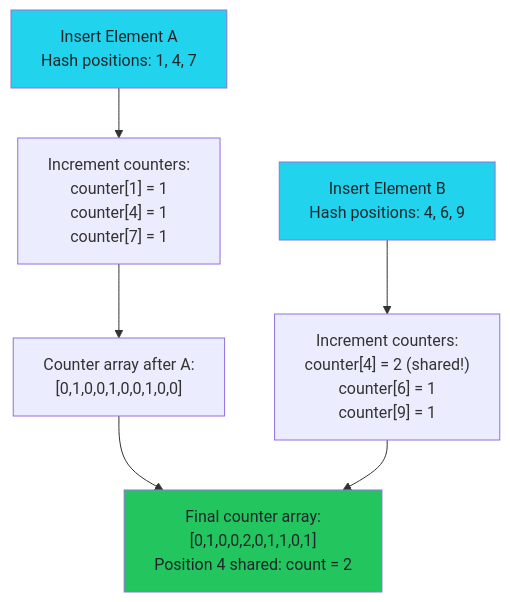
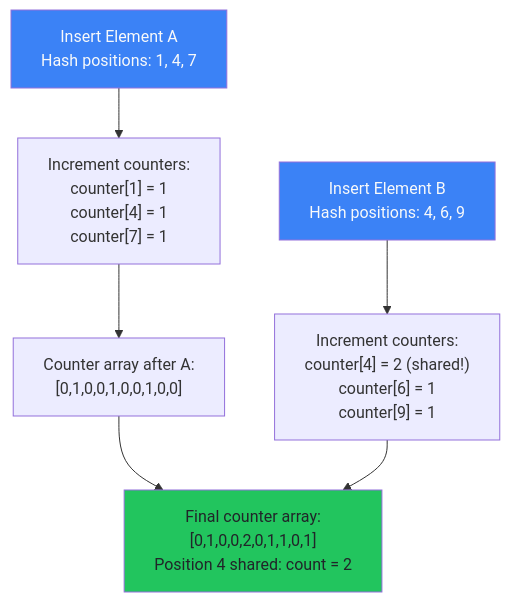
Before and after one commit to AxelUser/maltsev.space: the fourth of 7 diagrams in src/posts/009-counting-bloom-filters/index.md, drawn with Mermaid. The commit also changed other lines of this file and 1 other file, not shown here.

Commit message:
refactor: diagrams

````diff
--- a/src/posts/009-counting-bloom-filters/index.md
+++ b/src/posts/009-counting-bloom-filters/index.md
@@ -180,15 +154,15 @@
 ```mermaid
 graph TD
     A["Insert Element A<br/>Hash positions: 1, 4, 7"] --> A1["Increment counters:<br/>counter[1] = 1<br/>counter[4] = 1<br/>counter[7] = 1"]
     
     A1 --> A2["Counter array after A:<br/>[0,1,0,0,1,0,0,1,0,0]"]
     
     B["Insert Element B<br/>Hash positions: 4, 6, 9"] --> B1["Increment counters:<br/>counter[4] = 2 (shared!)<br/>counter[6] = 1<br/>counter[9] = 1"]
     
     A2 --> C["Final counter array:<br/>[0,1,0,0,2,0,1,1,0,1]<br/>Position 4 shared: count = 2"]
     B1 --> C
     
-    style A fill:#22d3ee,color:#212529
-    style B fill:#22d3ee,color:#212529
+    style A fill:#3b82f6,color:#f8f9fa
+    style B fill:#3b82f6,color:#f8f9fa
     style C fill:#22c55e,color:#212529
 ```
````
